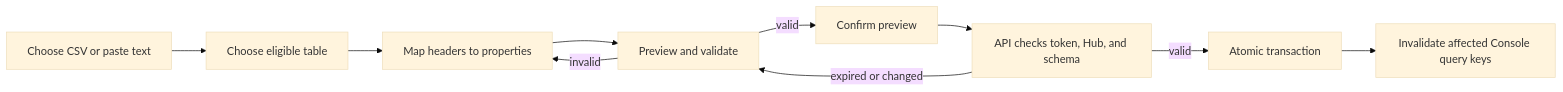
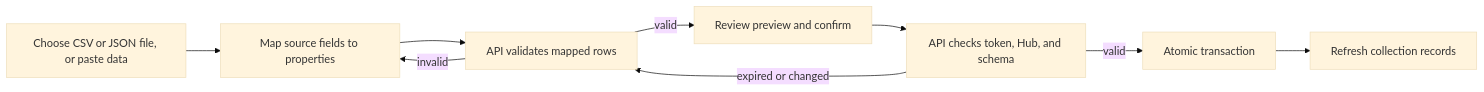
The diagram in docs/Table-Kit-CSV-Import.md (GemsForge/GemsForgeAPI), drawn with Mermaid (base theme) before and after one commit. The commit also changed other lines of this file and 27 other files, not shown here.

Commit message:
feat(schema): #512 add dynamic schema record creation

````diff
--- a/docs/Table-Kit-CSV-Import.md
+++ b/docs/Table-Kit-CSV-Import.md
@@ -7,12 +12,11 @@
 ```mermaid
 flowchart LR
-  A[Choose CSV or paste text] --> B[Choose eligible table]
-  B --> C[Map headers to properties]
-  C --> D[Preview and validate]
-  D -->|invalid| C
-  D -->|valid| E[Confirm preview]
-  E --> F[API checks token, Hub, and schema]
-  F -->|valid| G[Atomic transaction]
-  F -->|expired or changed| D
-  G --> H[Invalidate affected Console query keys]
+  A[Choose CSV or JSON file, or paste data] --> B[Map source fields to properties]
+  B --> C[API validates mapped rows]
+  C -->|invalid| B
+  C -->|valid| D[Review preview and confirm]
+  D --> E[API checks token, Hub, and schema]
+  E -->|valid| F[Atomic transaction]
+  E -->|expired or changed| C
+  F --> G[Refresh collection records]
 ```
````
